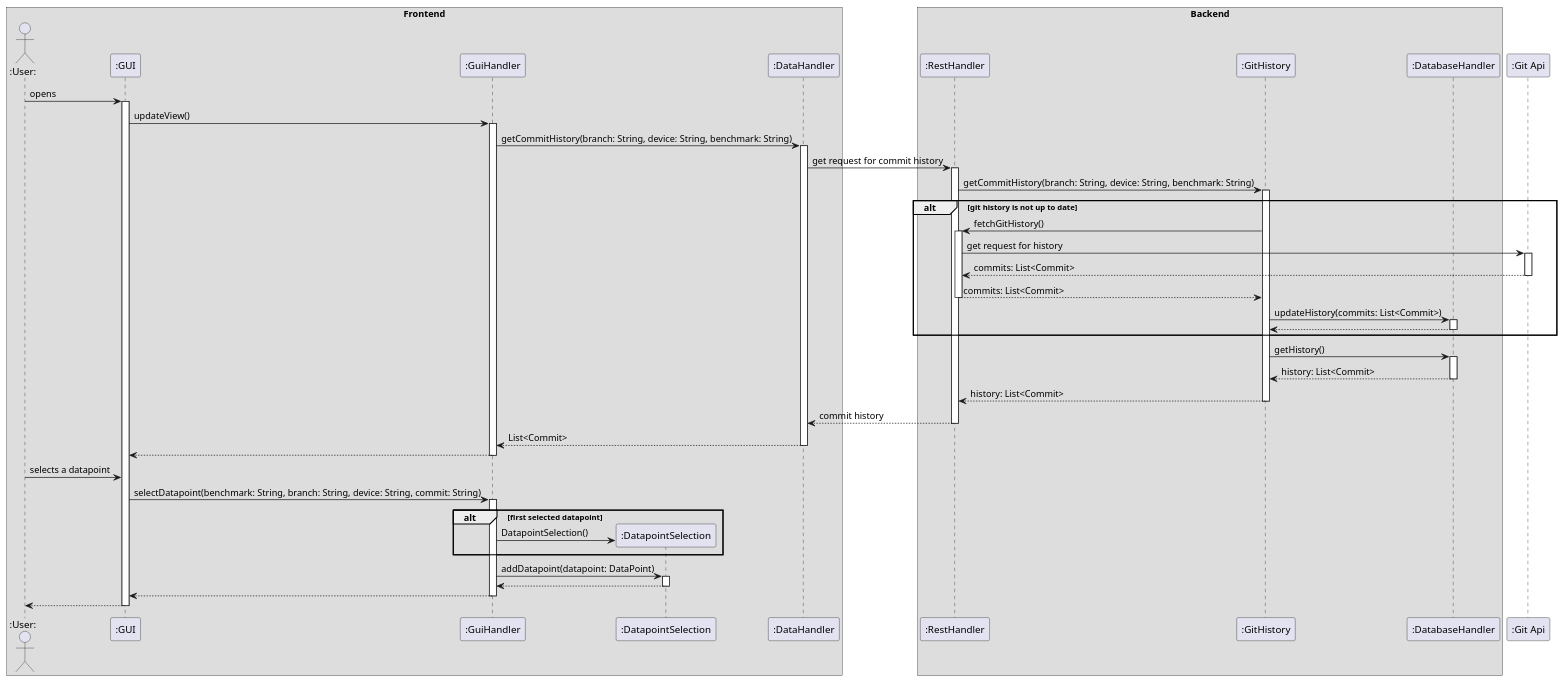
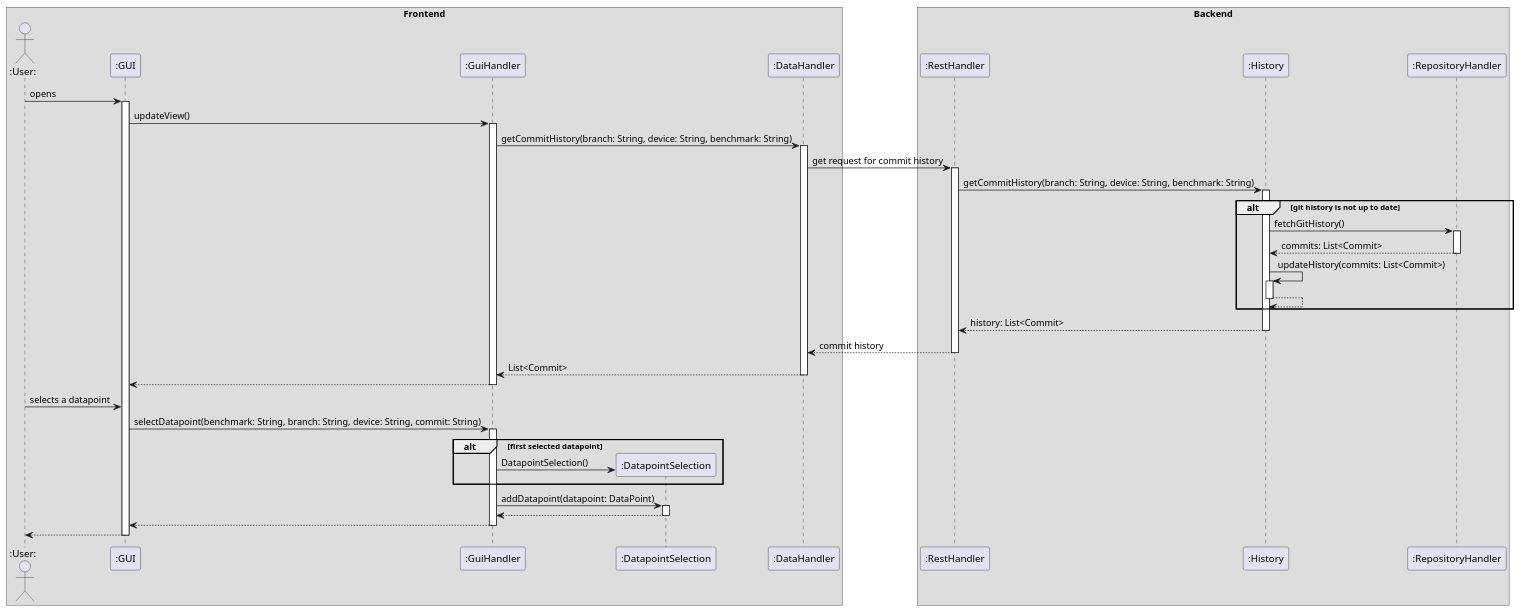
One commit to pse-parkview/Parkview changed the diagram in Design/plantuml/FR1.puml. Above: the diagram before and after it, drawn with PlantUML.

Commit message:
updates class names in FR1 sd

```diff
--- a/Design/plantuml/FR1.puml
+++ b/Design/plantuml/FR1.puml
@@ -1,58 +1,51 @@
 @startuml FR1
 
 box "Frontend"
 actor ":User:" as ted
 participant ":GUI" as gui
 participant ":GuiHandler" as gh
 participant ":DatapointSelection" as selection
 participant ":DataHandler" as dh
 end box
 
 box "Backend"
 participant ":RestHandler" as rh
-participant ":GitHistory" as ghist
-participant ":DatabaseHandler" as datah
+participant ":History" as ghist
+participant ":RepositoryHandler" as reph
 end box
-
-participant ":Git Api" as gitapi
 
 ted -> gui ++: opens
 
 gui -> gh ++: updateView()
 gh -> dh ++: getCommitHistory(branch: String, device: String, benchmark: String)
 dh -> rh ++: get request for commit history
 rh -> ghist ++: getCommitHistory(branch: String, device: String, benchmark: String)
 
 alt git history is not up to date
-  ghist -> rh ++: fetchGitHistory()
-  rh -> gitapi ++: get request for history
-  gitapi --> rh --: commits: List<Commit>
-  rh --> ghist --: commits: List<Commit>
-  ghist -> datah ++: updateHistory(commits: List<Commit>)
-  datah --> ghist --:
+  ghist -> reph ++: fetchGitHistory()
+  reph --> ghist --: commits: List<Commit>
+  ghist -> ghist ++: updateHistory(commits: List<Commit>)
+  ghist --> ghist --
   end
-
-ghist -> datah ++: getHistory()
-datah --> ghist --: history: List<Commit>
 
 ghist --> rh --: history: List<Commit>
 rh --> dh --: commit history
 dh --> gh --: List<Commit>
 gh --> gui --:
 
 
 
 ted -> gui: selects a datapoint
 gui -> gh ++: selectDatapoint(benchmark: String, branch: String, device: String, commit: String)
 
 alt first selected datapoint
   create selection
   gh -> selection : DatapointSelection()
   end
 
 gh -> selection ++: addDatapoint(datapoint: DataPoint)
 selection --> gh --:
 gh --> gui --:
 gui --> ted --:
 
 @enduml
```
